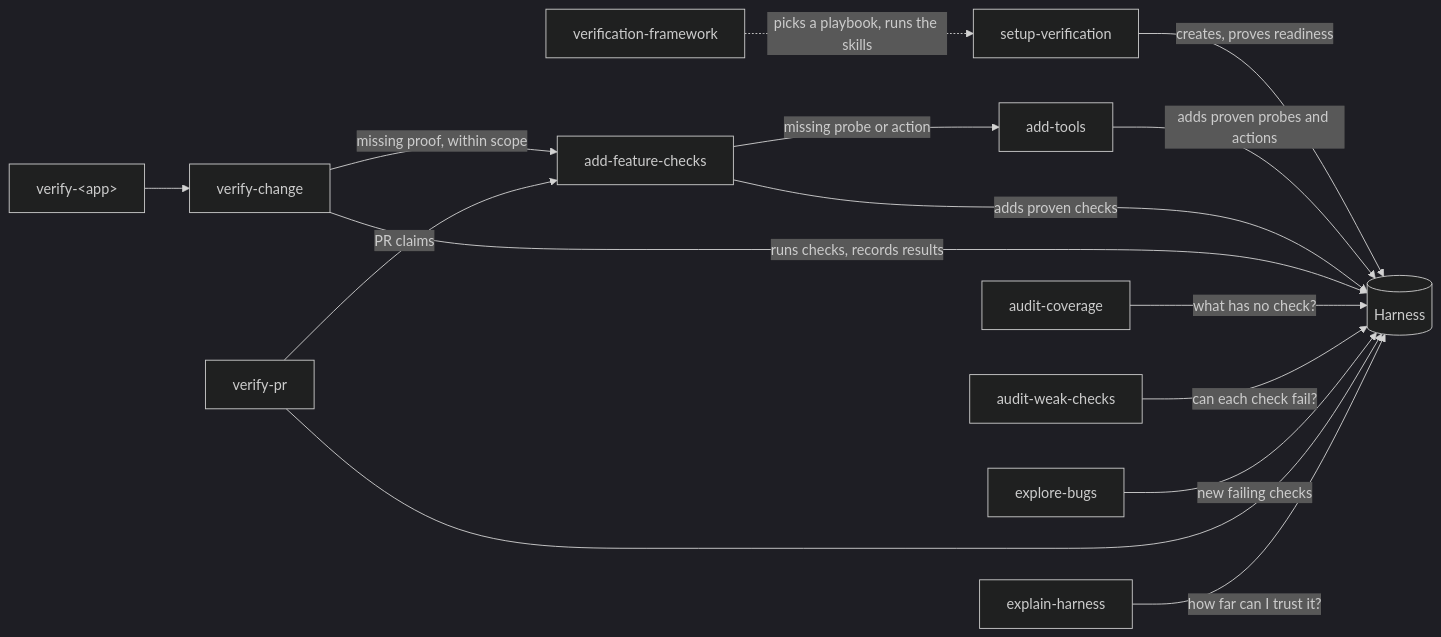
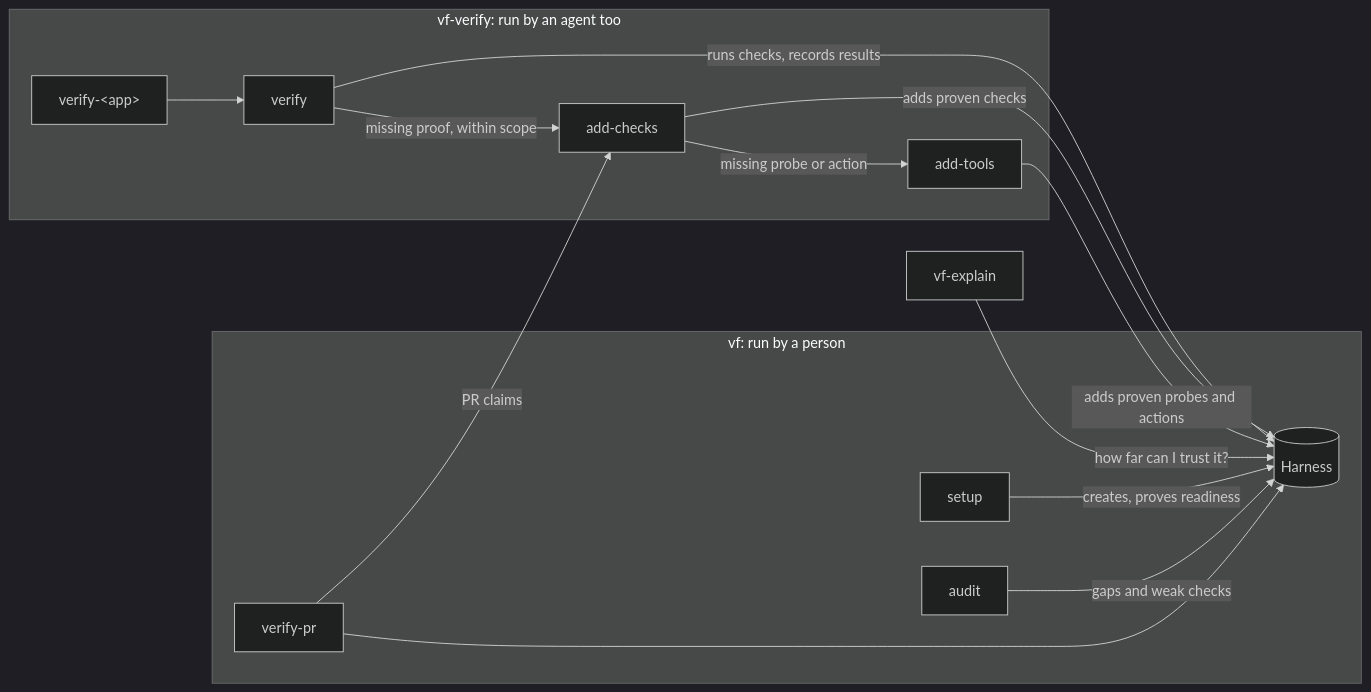
One commit to kennymatsudo/verification-framework changed the second of 2 diagrams in docs/architecture.md. Above: the diagram before and after it, drawn with Mermaid (dark theme). The commit also changed other lines of this file and 146 other files, not shown here.

````diff
--- a/docs/architecture.md
+++ b/docs/architecture.md
@@ -55,17 +61,18 @@
 ```mermaid
 flowchart LR
-  setup[setup-verification] -->|creates, proves readiness| H[(Harness)]
-  tools[add-tools] -->|adds proven probes and actions| H
-  build[add-feature-checks] -->|adds proven checks| H
-  build -->|missing probe or action| tools
-  app[verify-&lt;app&gt;] --> verify[verify-change]
-  verify -->|missing proof, within scope| build
+  subgraph vf[vf: run by a person]
+    setup[setup] -->|creates, proves readiness| H[(Harness)]
+    audit[audit] -->|gaps and weak checks| H
+    pr[verify-pr] --> H
+  end
+  subgraph vfv[vf-verify: run by an agent too]
+    app[verify-&lt;app&gt;] --> verify[verify]
+    verify -->|missing proof, within scope| build[add-checks]
+    build -->|missing probe or action| tools[add-tools]
+  end
   verify -->|runs checks, records results| H
-  coverage[audit-coverage] -->|what has no check?| H
-  audit[audit-weak-checks] -->|can each check fail?| H
-  explore[explore-bugs] -->|new failing checks| H
-  pr[verify-pr] -->|PR claims| build
-  pr --> H
-  explain[explain-harness] -->|how far can I trust it?| H
-  start[verification-framework] -.->|picks a playbook, runs the skills| setup
+  build -->|adds proven checks| H
+  tools -->|adds proven probes and actions| H
+  pr -->|PR claims| build
+  explain[vf-explain] -->|how far can I trust it?| H
 ```
````
